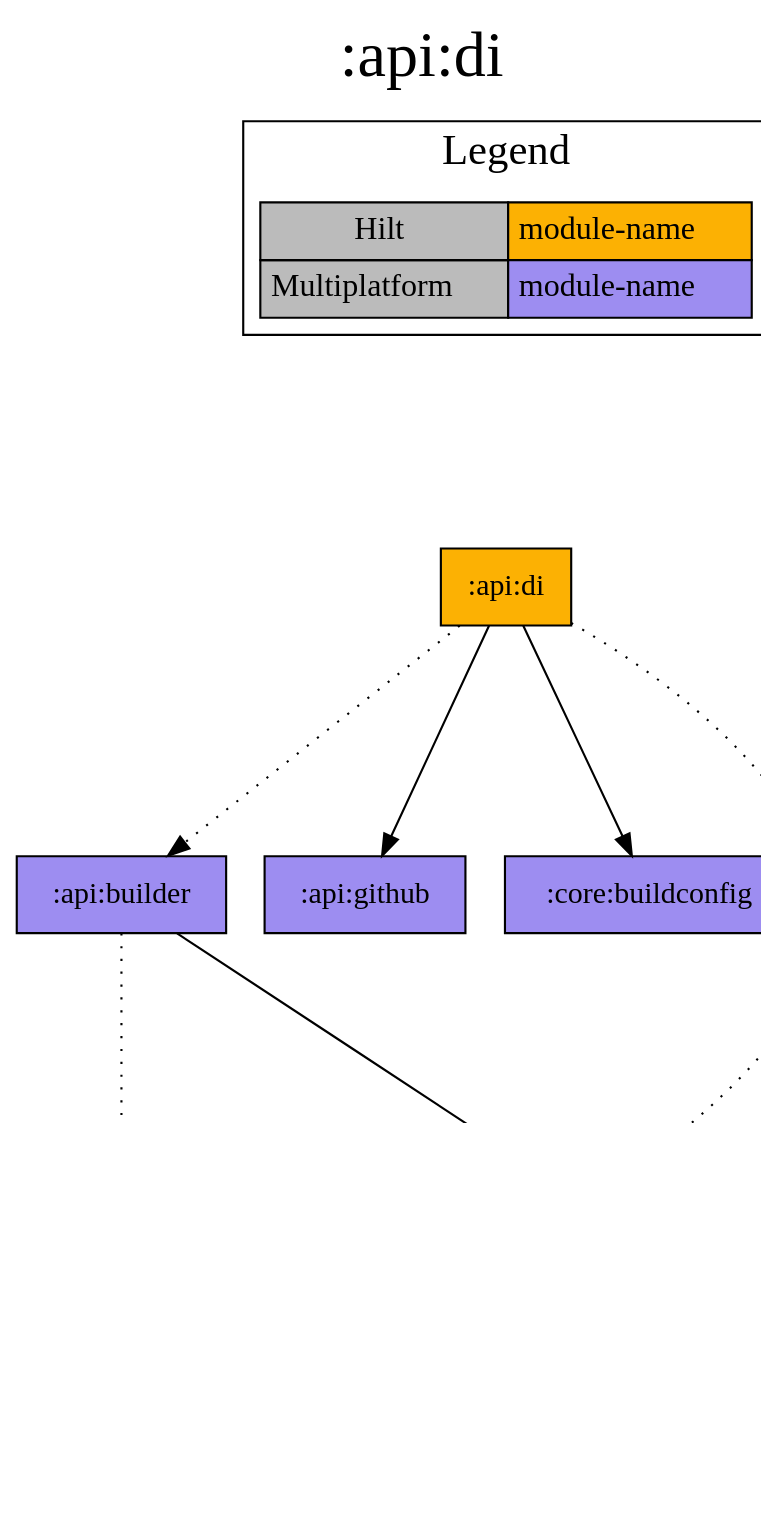
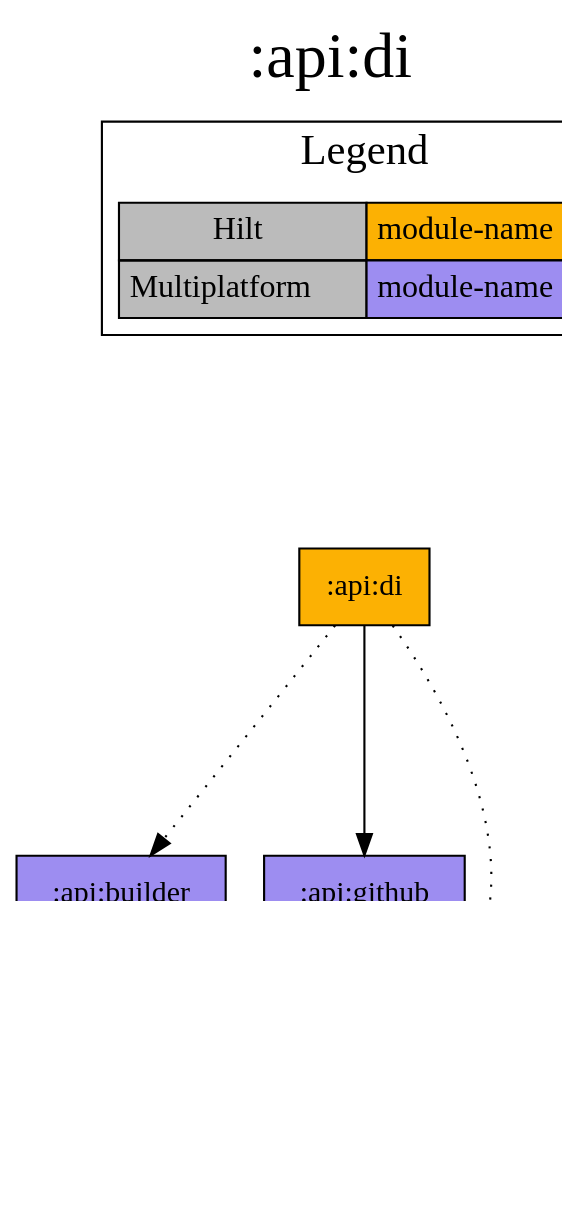
The diagram in modules/api/di/project-dependency-graph.dot (jonapoul/aktual), drawn with Graphviz before and after one commit. The commit also changed 113 other files, not shown here.

```diff
--- a/modules/api/di/project-dependency-graph.dot
+++ b/modules/api/di/project-dependency-graph.dot
@@ -1,34 +1,28 @@
 digraph {
 edge ["dir"="forward"]
 graph ["dpi"="100","label"=":api:di","labelloc"="t","fontsize"="30","ranksep"="1.5","rankdir"="TB"]
 node ["style"="filled"]
 ":api:builder" ["fillcolor"="#9D8DF1","shape"="box"]
 ":api:di" ["shape"="box","fillcolor"="#FCB103"]
 ":api:github" ["fillcolor"="#9D8DF1","shape"="box"]
-":core:buildconfig" ["fillcolor"="#9D8DF1","shape"="box"]
-":core:model" ["fillcolor"="#9D8DF1","shape"="box"]
-":log" ["fillcolor"="#9D8DF1","shape"="box"]
 ":url:model" ["fillcolor"="#9D8DF1","shape"="box"]
 {
 edge ["dir"="none"]
 graph ["rank"="same"]
 ":api:di"
 }
-":api:builder" -> ":log" ["style"="dotted"]
 ":api:builder" -> ":url:model"
 ":api:di" -> ":api:builder" ["style"="dotted"]
 ":api:di" -> ":api:github"
-":api:di" -> ":core:buildconfig"
 ":api:di" -> ":url:model" ["style"="dotted"]
-":url:model" -> ":core:model" ["style"="dotted"]
 subgraph "cluster_legend" {
 edge ["dir"="none"]
 graph ["label"="Legend","fontsize"="20"]
 "Legend" ["style"="filled","fillcolor"="#bbbbbb","shape"="none","margin"="0","fontsize"="15","label"=<
 <TABLE BORDER="0" CELLBORDER="1" CELLSPACING="0" CELLPADDING="4">
 <TR><TD>Hilt</TD><TD BGCOLOR="#FCB103">module-name</TD></TR>
 <TR><TD>Multiplatform</TD><TD BGCOLOR="#9D8DF1">module-name</TD></TR>
 </TABLE>
 >]
 } -> ":api:di" ["style"="invis"]
 }
```
